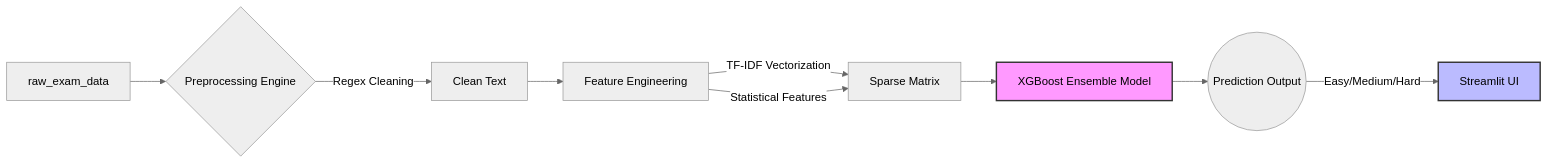
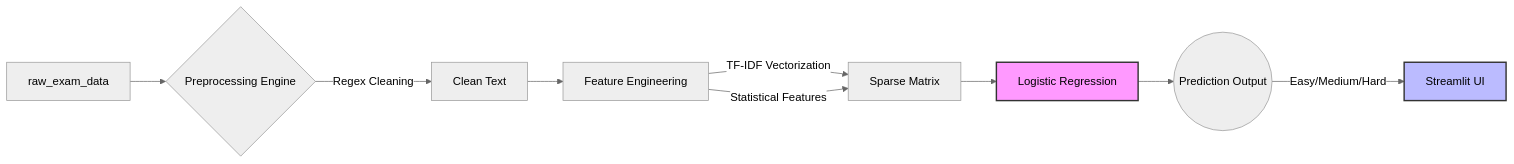
The diagram in README.md (IAmNishantSingh/Intelligent-Exam-Question-Level-Analysis), drawn with Mermaid (neutral theme) before and after one commit.

Commit message:
Update architecture diagram to Logistic Regression

````diff
--- a/README.md
+++ b/README.md
@@ -14,13 +14,13 @@
 ```mermaid
 graph LR
     A[raw_exam_data] --> B{Preprocessing Engine}
     B -->|Regex Cleaning| C[Clean Text]
     C --> D[Feature Engineering]
     D -->|TF-IDF Vectorization| E[Sparse Matrix]
     D -->|Statistical Features| E
-    E --> F[XGBoost Ensemble Model]
+    E --> F[Logistic Regression]
     F --> G((Prediction Output))
     G -->|Easy/Medium/Hard| H[Streamlit UI]
     style F fill:#f9f,stroke:#333,stroke-width:2px
     style H fill:#bbf,stroke:#333,stroke-width:2px
 ```
````
